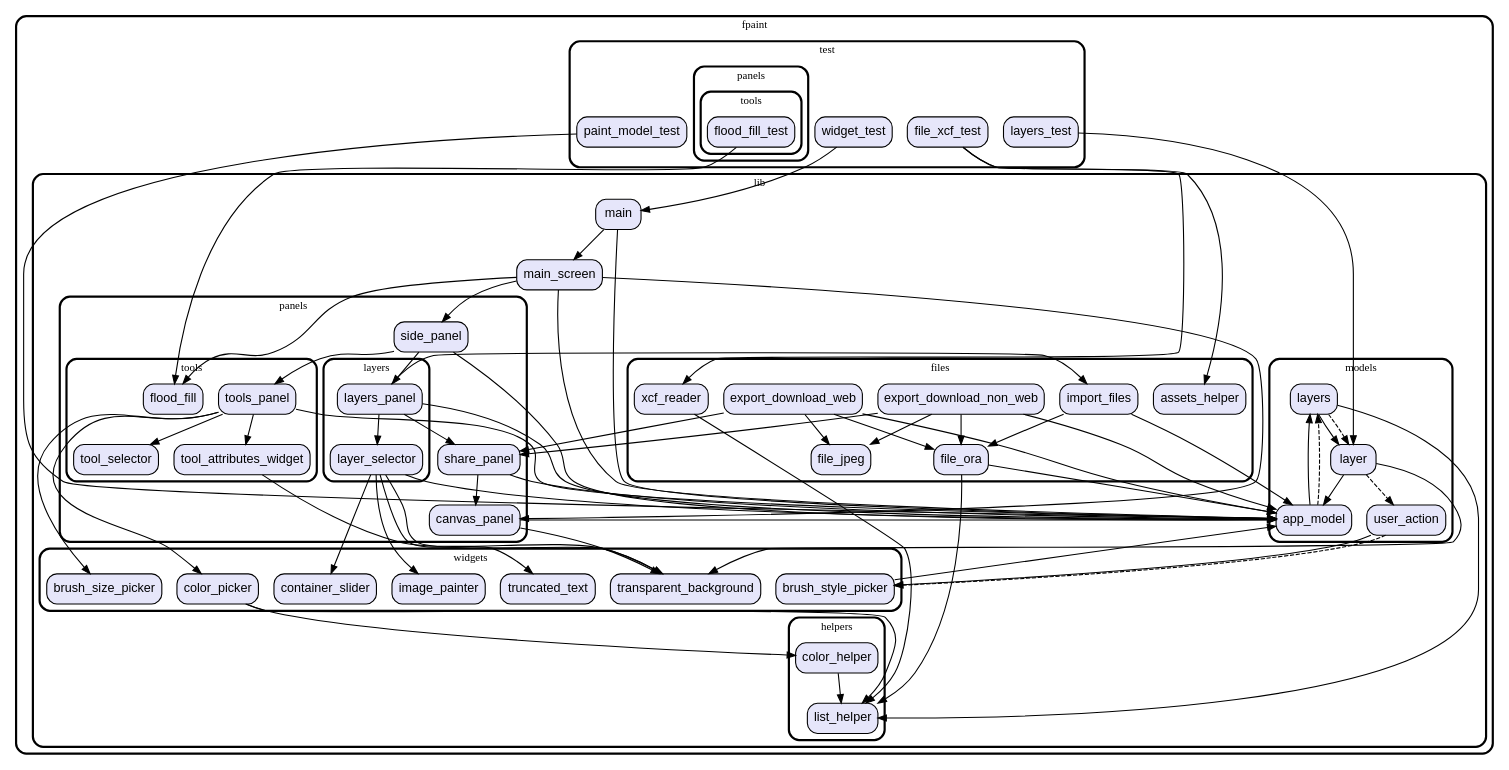
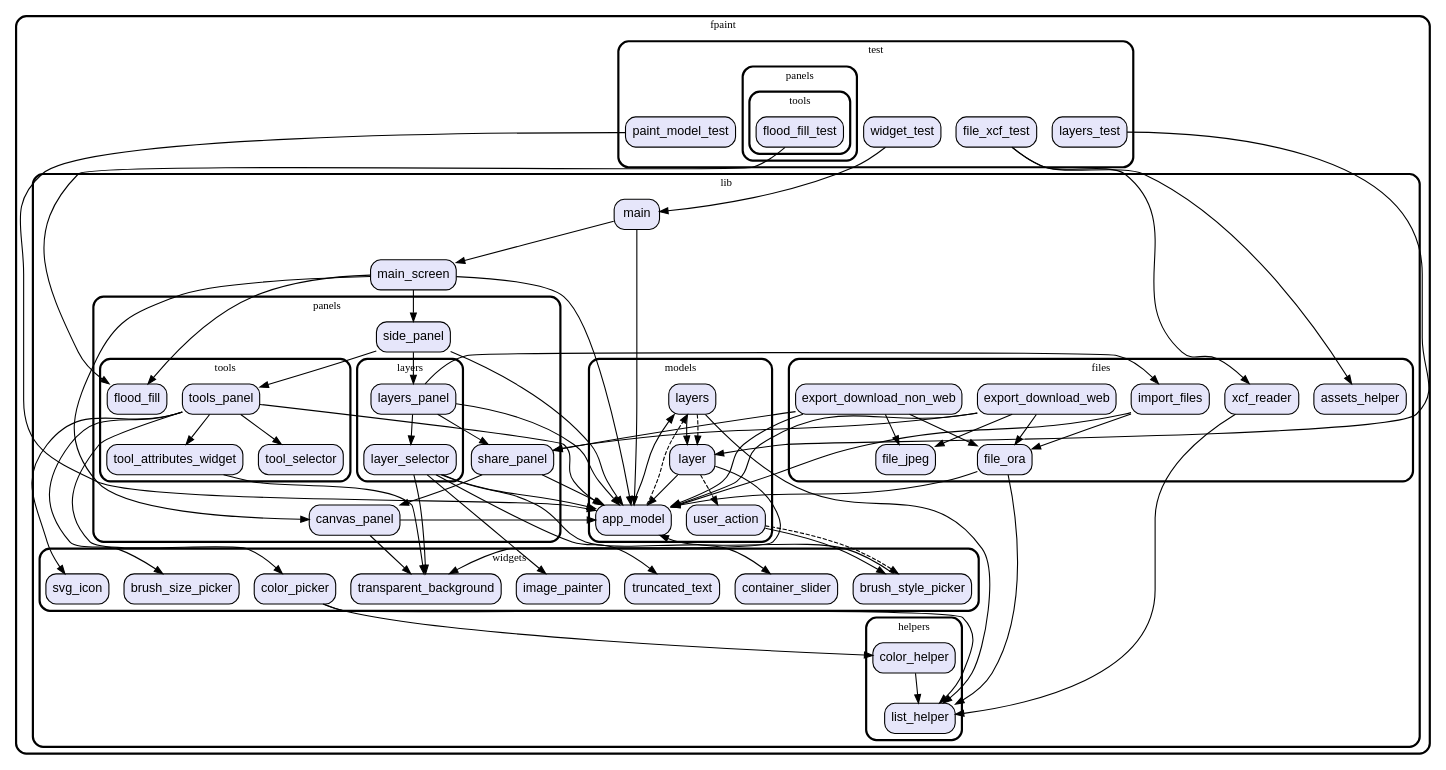
One commit to vteam-com/fPaint changed the diagram in graph.dot. Above: the diagram before and after it, drawn with Graphviz. The commit also changed 8 other files, not shown here.

Commit message:
SVG icon, New Eraser.svg icon

```diff
--- a/graph.dot
+++ b/graph.dot
@@ -1,174 +1,177 @@
 digraph "" {
   graph [style=rounded fontname="Arial Black" fontsize=13 penwidth=2.6];
   node [shape=rect style="filled,rounded" fontname=Arial fontsize=15 fillcolor=Lavender penwidth=1.3];
   edge [penwidth=1.3];
   "/test/paint_model_test.dart" [label="paint_model_test"];
   "/test/panels/tools/flood_fill_test.dart" [label="flood_fill_test"];
   "/test/widget_test.dart" [label="widget_test"];
   "/test/file_xcf_test.dart" [label="file_xcf_test"];
   "/test/layers_test.dart" [label="layers_test"];
   "/lib/panels/tools/tool_selector.dart" [label="tool_selector"];
   "/lib/panels/tools/flood_fill.dart" [label="flood_fill"];
   "/lib/panels/tools/tools_panel.dart" [label="tools_panel"];
   "/lib/panels/tools/tool_attributes_widget.dart" [label="tool_attributes_widget"];
   "/lib/panels/canvas_panel.dart" [label="canvas_panel"];
   "/lib/panels/layers/layer_selector.dart" [label="layer_selector"];
   "/lib/panels/layers/layers_panel.dart" [label="layers_panel"];
   "/lib/panels/side_panel.dart" [label="side_panel"];
   "/lib/panels/share_panel.dart" [label="share_panel"];
   "/lib/models/layers.dart" [label="layers"];
   "/lib/models/user_action.dart" [label="user_action"];
   "/lib/models/app_model.dart" [label="app_model"];
   "/lib/models/layer.dart" [label="layer"];
   "/lib/main.dart" [label="main"];
   "/lib/files/xcf_reader.dart" [label="xcf_reader"];
   "/lib/files/assets_helper.dart" [label="assets_helper"];
   "/lib/files/file_jpeg.dart" [label="file_jpeg"];
   "/lib/files/export_download_web.dart" [label="export_download_web"];
   "/lib/files/file_ora.dart" [label="file_ora"];
   "/lib/files/export_download_non_web.dart" [label="export_download_non_web"];
   "/lib/files/import_files.dart" [label="import_files"];
   "/lib/main_screen.dart" [label="main_screen"];
   "/lib/helpers/list_helper.dart" [label="list_helper"];
   "/lib/helpers/color_helper.dart" [label="color_helper"];
+  "/lib/widgets/svg_icon.dart" [label="svg_icon"];
   "/lib/widgets/truncated_text.dart" [label="truncated_text"];
   "/lib/widgets/container_slider.dart" [label="container_slider"];
   "/lib/widgets/brush_size_picker.dart" [label="brush_size_picker"];
   "/lib/widgets/transparent_background.dart" [label="transparent_background"];
   "/lib/widgets/image_painter.dart" [label="image_painter"];
   "/lib/widgets/brush_style_picker.dart" [label="brush_style_picker"];
   "/lib/widgets/color_picker.dart" [label="color_picker"];
   subgraph "cluster~" {
     label="fpaint";
     subgraph "cluster~/test" {
       label="test";
       "/test/paint_model_test.dart";
       "/test/widget_test.dart";
       "/test/file_xcf_test.dart";
       "/test/layers_test.dart";
       subgraph "cluster~/test/panels" {
         label="panels";
         subgraph "cluster~/test/panels/tools" {
           label="tools";
           "/test/panels/tools/flood_fill_test.dart";
         }
       }
     }
     subgraph "cluster~/lib" {
       label="lib";
       "/lib/main.dart";
       "/lib/main_screen.dart";
       subgraph "cluster~/lib/panels" {
         label="panels";
         "/lib/panels/canvas_panel.dart";
         "/lib/panels/side_panel.dart";
         "/lib/panels/share_panel.dart";
         subgraph "cluster~/lib/panels/tools" {
           label="tools";
           "/lib/panels/tools/tool_selector.dart";
           "/lib/panels/tools/flood_fill.dart";
           "/lib/panels/tools/tools_panel.dart";
           "/lib/panels/tools/tool_attributes_widget.dart";
         }
         subgraph "cluster~/lib/panels/layers" {
           label="layers";
           "/lib/panels/layers/layer_selector.dart";
           "/lib/panels/layers/layers_panel.dart";
         }
       }
       subgraph "cluster~/lib/models" {
         label="models";
         "/lib/models/layers.dart";
         "/lib/models/user_action.dart";
         "/lib/models/app_model.dart";
         "/lib/models/layer.dart";
       }
       subgraph "cluster~/lib/files" {
         label="files";
         "/lib/files/xcf_reader.dart";
         "/lib/files/assets_helper.dart";
         "/lib/files/file_jpeg.dart";
         "/lib/files/export_download_web.dart";
         "/lib/files/file_ora.dart";
         "/lib/files/export_download_non_web.dart";
         "/lib/files/import_files.dart";
       }
       subgraph "cluster~/lib/helpers" {
         label="helpers";
         "/lib/helpers/list_helper.dart";
         "/lib/helpers/color_helper.dart";
       }
       subgraph "cluster~/lib/widgets" {
         label="widgets";
+        "/lib/widgets/svg_icon.dart";
         "/lib/widgets/truncated_text.dart";
         "/lib/widgets/container_slider.dart";
         "/lib/widgets/brush_size_picker.dart";
         "/lib/widgets/transparent_background.dart";
         "/lib/widgets/image_painter.dart";
         "/lib/widgets/brush_style_picker.dart";
         "/lib/widgets/color_picker.dart";
       }
     }
   }
   "/test/paint_model_test.dart" -> "/lib/models/app_model.dart";
   "/test/panels/tools/flood_fill_test.dart" -> "/lib/panels/tools/flood_fill.dart";
   "/test/widget_test.dart" -> "/lib/main.dart";
   "/test/file_xcf_test.dart" -> "/lib/files/assets_helper.dart";
   "/test/file_xcf_test.dart" -> "/lib/files/xcf_reader.dart";
   "/test/layers_test.dart" -> "/lib/models/layer.dart";
   "/lib/panels/tools/tools_panel.dart" -> "/lib/models/app_model.dart";
   "/lib/panels/tools/tools_panel.dart" -> "/lib/panels/tools/tool_attributes_widget.dart";
   "/lib/panels/tools/tools_panel.dart" -> "/lib/panels/tools/tool_selector.dart";
   "/lib/panels/tools/tools_panel.dart" -> "/lib/widgets/brush_size_picker.dart";
   "/lib/panels/tools/tools_panel.dart" -> "/lib/widgets/color_picker.dart";
+  "/lib/panels/tools/tools_panel.dart" -> "/lib/widgets/svg_icon.dart";
   "/lib/panels/tools/tool_attributes_widget.dart" -> "/lib/widgets/transparent_background.dart";
   "/lib/panels/canvas_panel.dart" -> "/lib/models/app_model.dart";
   "/lib/panels/canvas_panel.dart" -> "/lib/widgets/transparent_background.dart";
   "/lib/panels/layers/layer_selector.dart" -> "/lib/models/app_model.dart";
   "/lib/panels/layers/layer_selector.dart" -> "/lib/widgets/container_slider.dart";
   "/lib/panels/layers/layer_selector.dart" -> "/lib/widgets/image_painter.dart";
   "/lib/panels/layers/layer_selector.dart" -> "/lib/widgets/transparent_background.dart";
   "/lib/panels/layers/layer_selector.dart" -> "/lib/widgets/truncated_text.dart";
   "/lib/panels/layers/layers_panel.dart" -> "/lib/files/import_files.dart";
   "/lib/panels/layers/layers_panel.dart" -> "/lib/models/app_model.dart";
   "/lib/panels/layers/layers_panel.dart" -> "/lib/panels/layers/layer_selector.dart";
   "/lib/panels/layers/layers_panel.dart" -> "/lib/panels/share_panel.dart";
   "/lib/panels/side_panel.dart" -> "/lib/models/app_model.dart";
   "/lib/panels/side_panel.dart" -> "/lib/panels/layers/layers_panel.dart";
   "/lib/panels/side_panel.dart" -> "/lib/panels/tools/tools_panel.dart";
   "/lib/panels/share_panel.dart" -> "/lib/models/app_model.dart";
   "/lib/panels/share_panel.dart" -> "/lib/panels/canvas_panel.dart";
   "/lib/models/layers.dart" -> "/lib/helpers/list_helper.dart";
   "/lib/models/layers.dart" -> "/lib/models/layer.dart";
   "/lib/models/layers.dart" -> "/lib/models/layer.dart" [style=dashed];
   "/lib/models/user_action.dart" -> "/lib/widgets/brush_style_picker.dart";
   "/lib/models/user_action.dart" -> "/lib/widgets/brush_style_picker.dart" [style=dashed];
   "/lib/models/app_model.dart" -> "/lib/models/layers.dart";
   "/lib/models/app_model.dart" -> "/lib/models/layers.dart" [style=dashed];
   "/lib/models/layer.dart" -> "/lib/models/app_model.dart";
   "/lib/models/layer.dart" -> "/lib/widgets/transparent_background.dart";
   "/lib/models/layer.dart" -> "/lib/models/user_action.dart" [style=dashed];
   "/lib/main.dart" -> "/lib/main_screen.dart";
   "/lib/main.dart" -> "/lib/models/app_model.dart";
   "/lib/files/xcf_reader.dart" -> "/lib/helpers/list_helper.dart";
   "/lib/files/export_download_web.dart" -> "/lib/files/file_jpeg.dart";
   "/lib/files/export_download_web.dart" -> "/lib/files/file_ora.dart";
   "/lib/files/export_download_web.dart" -> "/lib/models/app_model.dart";
   "/lib/files/export_download_web.dart" -> "/lib/panels/share_panel.dart";
   "/lib/files/file_ora.dart" -> "/lib/helpers/list_helper.dart";
   "/lib/files/file_ora.dart" -> "/lib/models/app_model.dart";
   "/lib/files/export_download_non_web.dart" -> "/lib/files/file_jpeg.dart";
   "/lib/files/export_download_non_web.dart" -> "/lib/files/file_ora.dart";
   "/lib/files/export_download_non_web.dart" -> "/lib/models/app_model.dart";
   "/lib/files/export_download_non_web.dart" -> "/lib/panels/share_panel.dart";
   "/lib/files/import_files.dart" -> "/lib/files/file_ora.dart";
   "/lib/files/import_files.dart" -> "/lib/models/app_model.dart";
   "/lib/main_screen.dart" -> "/lib/panels/canvas_panel.dart";
   "/lib/main_screen.dart" -> "/lib/panels/side_panel.dart";
   "/lib/main_screen.dart" -> "/lib/panels/tools/flood_fill.dart";
   "/lib/main_screen.dart" -> "/lib/models/app_model.dart";
   "/lib/helpers/color_helper.dart" -> "/lib/helpers/list_helper.dart";
   "/lib/widgets/brush_style_picker.dart" -> "/lib/models/app_model.dart";
   "/lib/widgets/color_picker.dart" -> "/lib/helpers/color_helper.dart";
   "/lib/widgets/color_picker.dart" -> "/lib/helpers/list_helper.dart";
 }
```
